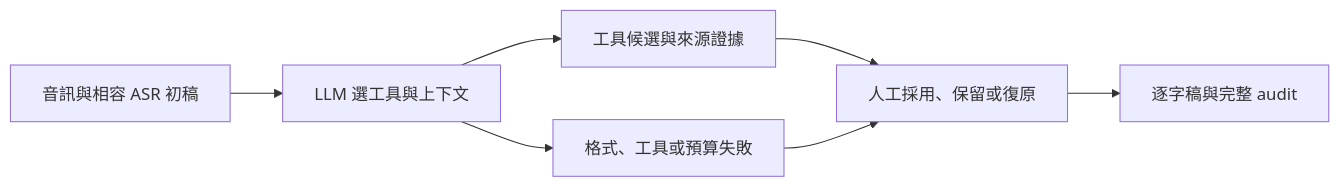
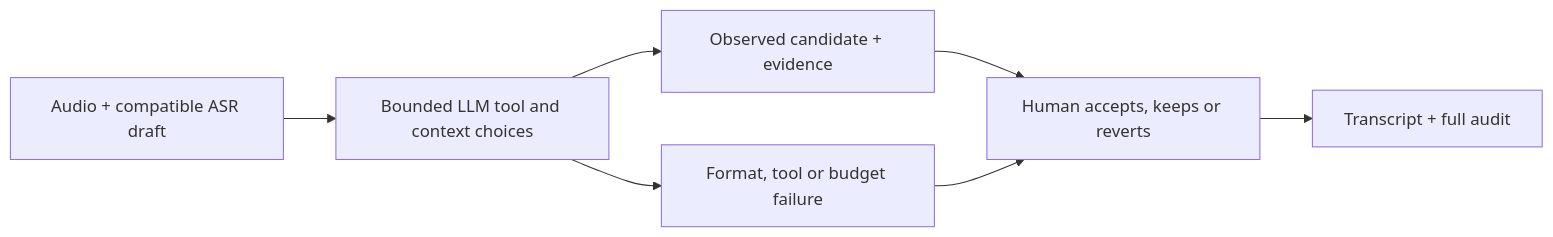
The diagram in README.md (momonong/transcript-review-agent), drawn with Mermaid before and after one commit. The commit also changed other lines of this file and 13 other files, not shown here.

````diff
--- a/README.md
+++ b/README.md
@@ -46,9 +52,9 @@
 ```mermaid
 flowchart LR
-    A[音訊與相容 ASR 初稿] --> B[LLM 選工具與上下文]
-    B --> C[工具候選與來源證據]
-    C --> D[人工採用、保留或復原]
-    B --> F[格式、工具或預算失敗]
+    A[Audio + compatible ASR draft] --> B[Bounded LLM tool and context choices]
+    B --> C[Observed candidate + evidence]
+    B --> F[Format, tool or budget failure]
+    C --> D[Human accepts, keeps or reverts]
     F --> D
-    D --> E[逐字稿與完整 audit]
+    D --> E[Transcript + full audit]
 ```
````
